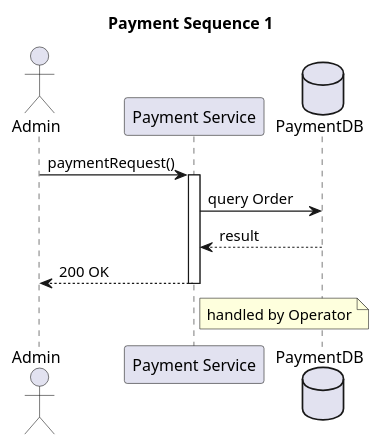
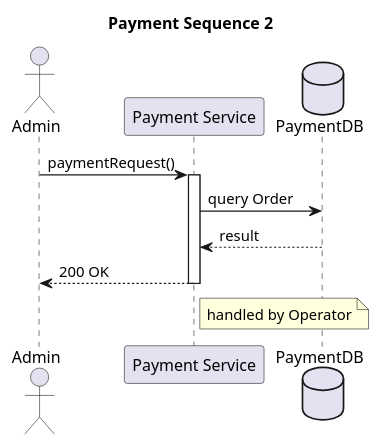
Before and after one commit to TTihomir/PlantUML-diagrams: the diagram in 002_sequence_payment.md, drawn with PlantUML.

Commit message:
Update payment sequence title in documentation

````diff
--- a/002_sequence_payment.md
+++ b/002_sequence_payment.md
@@ -3,15 +3,15 @@
 ```plantuml
 @startuml
-title Payment Sequence 1
+title Payment Sequence 2
 actor Admin as A
 participant "Payment Service" as S
 database "PaymentDB" as DB
 A -> S : paymentRequest()
 activate S
 S -> DB : query Order
 DB --> S : result
 S --> A : 200 OK
 deactivate S
 note right of S : handled by Operator
 @enduml
 ```
````
